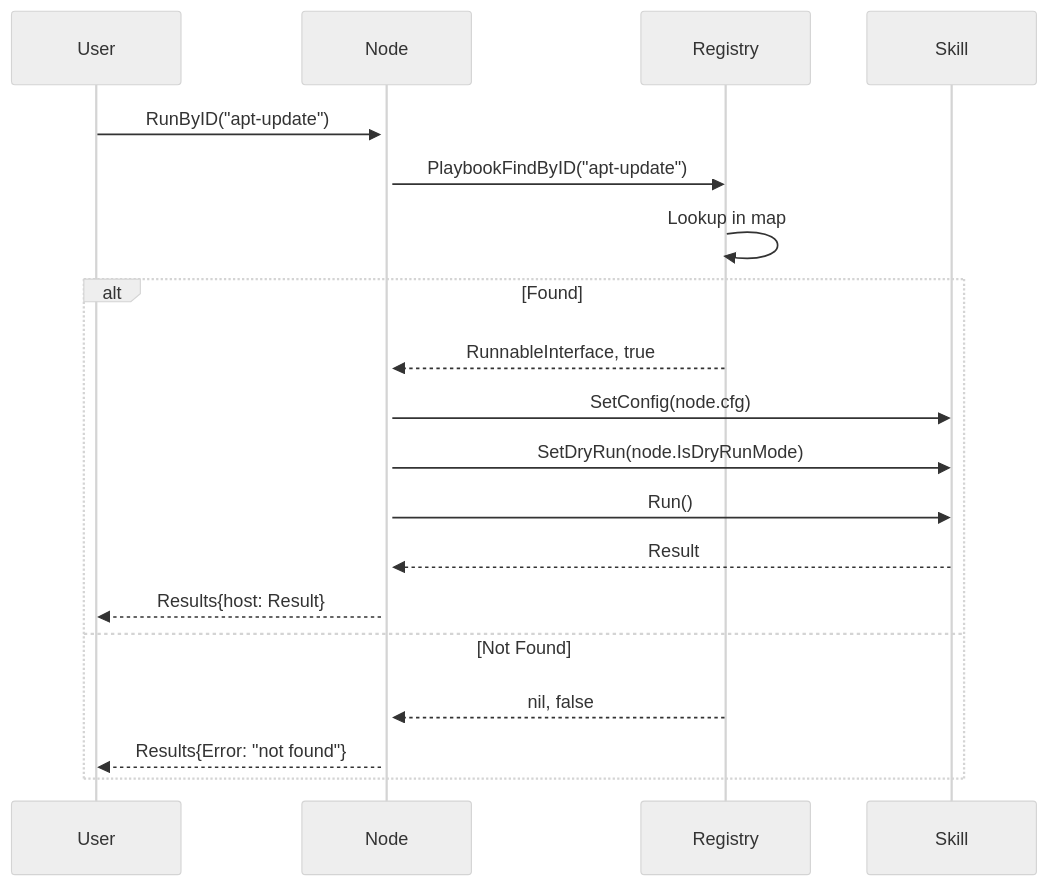
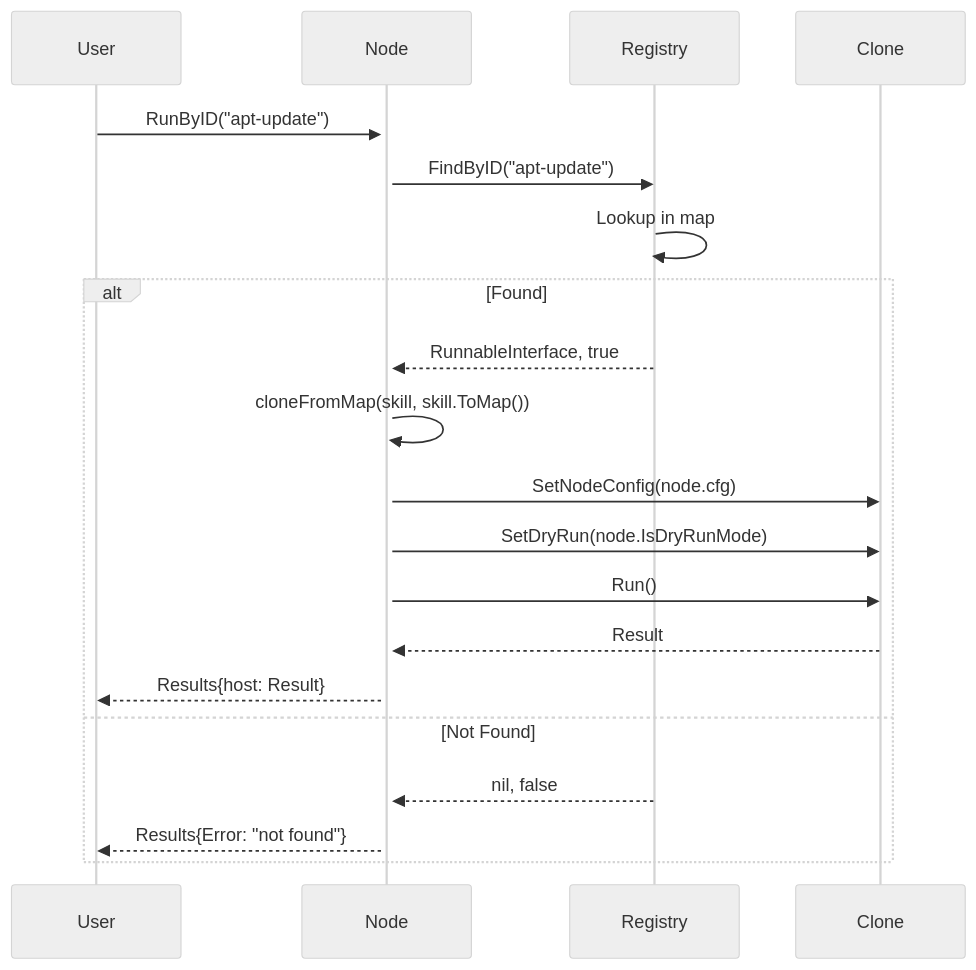
One commit to dracory/ork changed the sixth of 14 diagrams in docs/livewiki/data_flow.md. Above: the diagram before and after it, drawn with Mermaid (neutral theme). The commit also changed other lines of this file and 17 other files, not shown here.

Commit message:
docs: update documentation to reflect RunnableInterface refactoring, skill cloning concurrency model, and registry API changes

````diff
--- a/docs/livewiki/data_flow.md
+++ b/docs/livewiki/data_flow.md
@@ -164,19 +169,20 @@
 ```mermaid
 sequenceDiagram
     User->>+Node: RunByID("apt-update")
-    
-    Node->>Registry: PlaybookFindByID("apt-update")
+
+    Node->>Registry: FindByID("apt-update")
     Registry->>Registry: Lookup in map
-    
+
     alt Found
         Registry-->>Node: RunnableInterface, true
-        Node->>Skill: SetConfig(node.cfg)
-        Node->>Skill: SetDryRun(node.IsDryRunMode)
-        Node->>Skill: Run()
-        Skill-->>Node: Result
+        Node->>Node: cloneFromMap(skill, skill.ToMap())
+        Node->>Clone: SetNodeConfig(node.cfg)
+        Node->>Clone: SetDryRun(node.IsDryRunMode)
+        Node->>Clone: Run()
+        Clone-->>Node: Result
         Node-->>User: Results{host: Result}
     else Not Found
         Registry-->>Node: nil, false
         Node-->>User: Results{Error: "not found"}
     end
 ```
````
